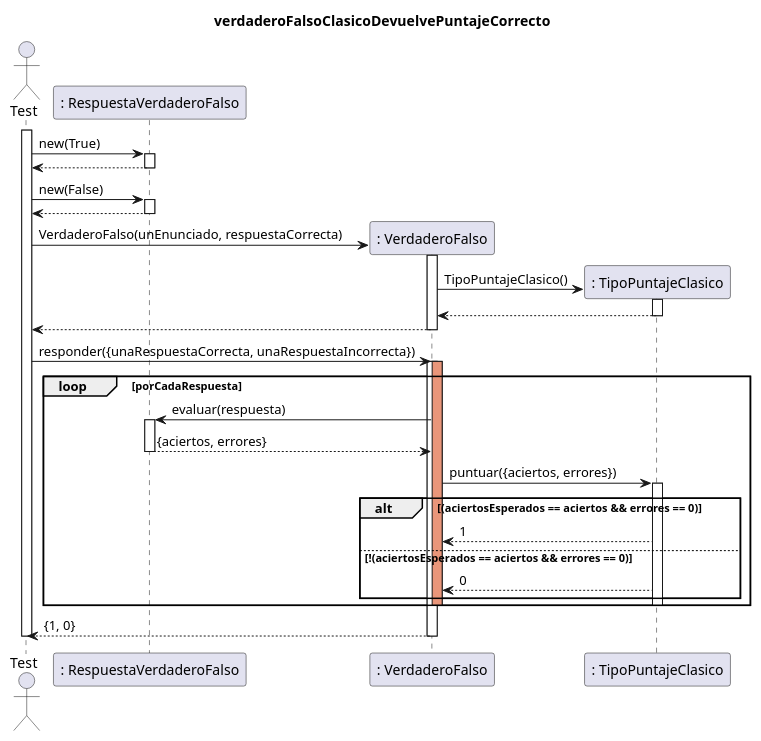
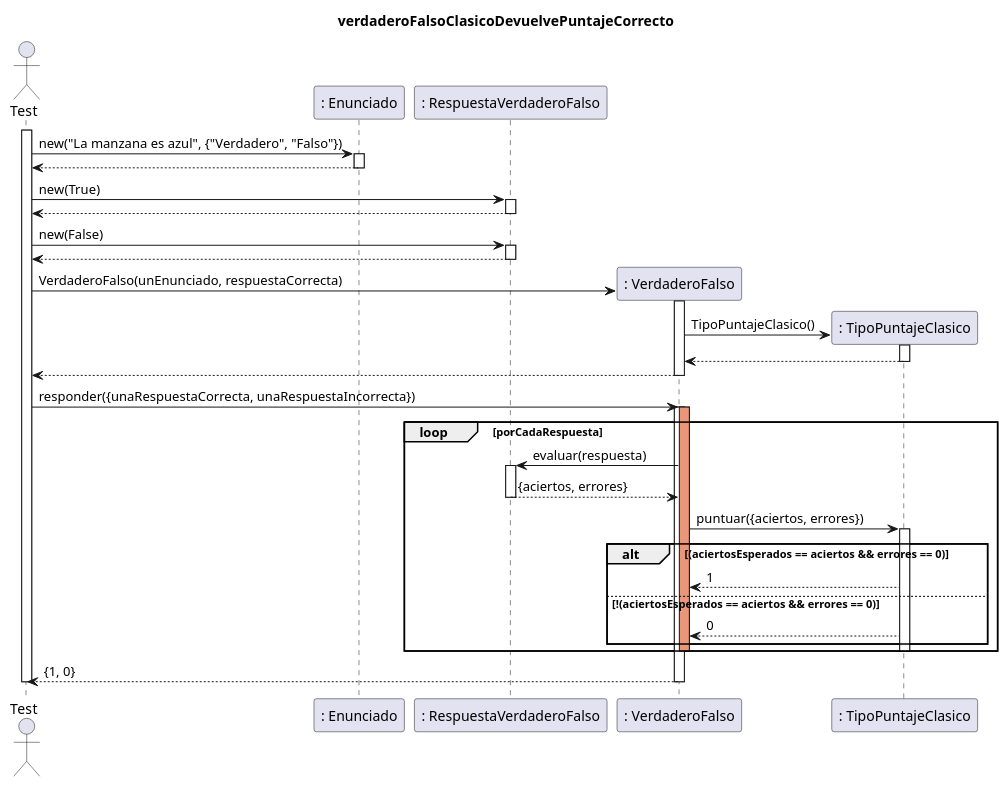
The diagram in Documentacion/DS_01.puml (gcc-cdimatteo/Algoritmos-y-Programacion-III-75.07), drawn with PlantUML before and after one commit. The commit also changed 4 other files, not shown here.

Commit message:
actualizo diagramas y test multiplechoice

```diff
--- a/Documentacion/DS_01.puml
+++ b/Documentacion/DS_01.puml
@@ -1,58 +1,63 @@
 @startuml
 skinparam classAttributeIconSize 0
 
 title verdaderoFalsoClasicoDevuelvePuntajeCorrecto
 
 actor Test
+participant ": Enunciado" as enunciado
 participant ": RespuestaVerdaderoFalso" as respuesta
 participant ": VerdaderoFalso" as preguntaVF
 participant ": TipoPuntajeClasico" as puntaje
 
 activate Test
 
+    Test -> enunciado: new("La manzana es azul", {"Verdadero", "Falso"})
+    activate enunciado
+        enunciado --> Test
+    deactivate enunciado
     Test -> respuesta: new(True)
     activate respuesta
         respuesta --> Test
     deactivate respuesta
 
     Test -> respuesta: new(False)
     activate respuesta
         respuesta --> Test
     deactivate respuesta
 
     create preguntaVF
     Test -> preguntaVF: VerdaderoFalso(unEnunciado, respuestaCorrecta)
     activate preguntaVF
         create puntaje
         preguntaVF -> puntaje: TipoPuntajeClasico()
         activate puntaje
             puntaje --> preguntaVF
         deactivate puntaje
         preguntaVF --> Test
     deactivate preguntaVF
 
     Test -> preguntaVF: responder({unaRespuestaCorrecta, unaRespuestaIncorrecta})
     activate preguntaVF
         loop porCadaRespuesta
             activate preguntaVF #DarkSalmon
                 preguntaVF -> respuesta: evaluar(respuesta)
                 activate respuesta
                     respuesta --> preguntaVF: {aciertos, errores}
                 deactivate respuesta
                 preguntaVF -> puntaje: puntuar({aciertos, errores})
                 activate puntaje 
                     alt (aciertosEsperados == aciertos && errores == 0)
                         puntaje --> preguntaVF: 1
                     else !(aciertosEsperados == aciertos && errores == 0)
                          puntaje --> preguntaVF: 0
                     end 
                 deactivate puntaje
             deactivate preguntaVF
         end
         preguntaVF --> Test: {1, 0}
     deactivate preguntaVF
 
 deactivate Test
 
 
 @enduml
```
